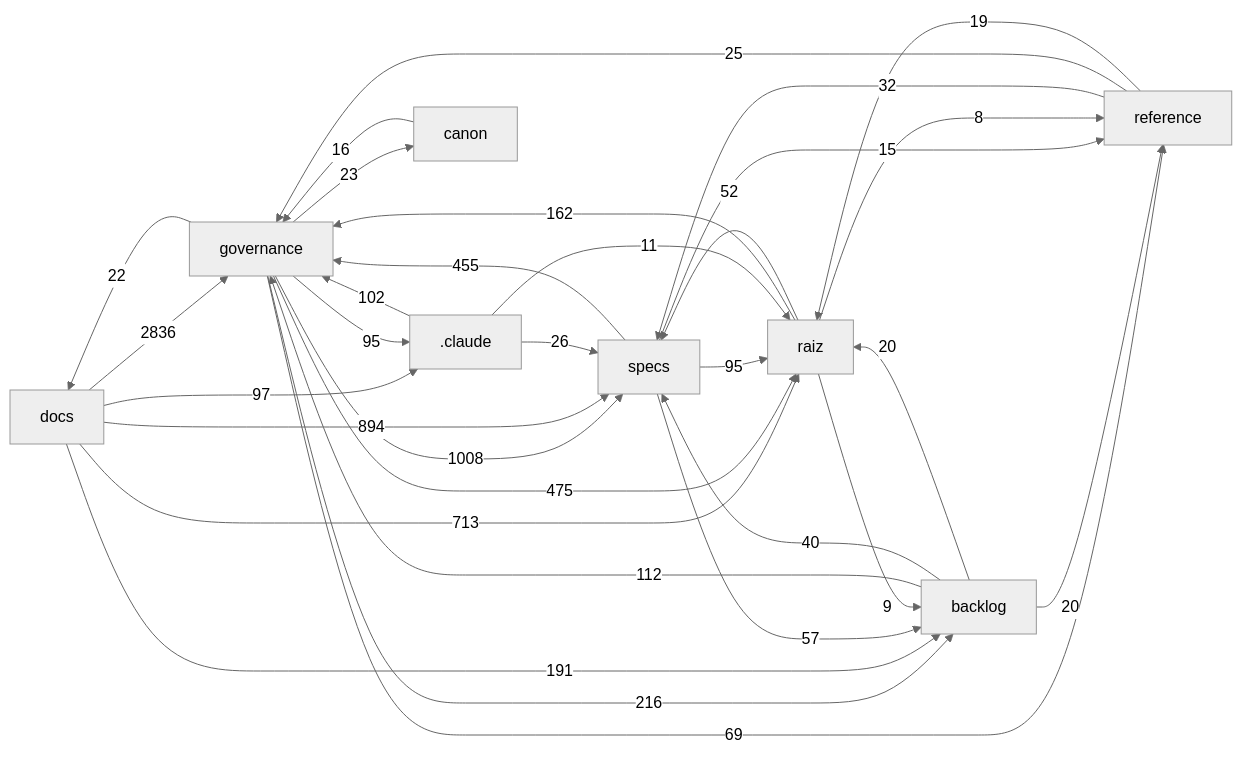
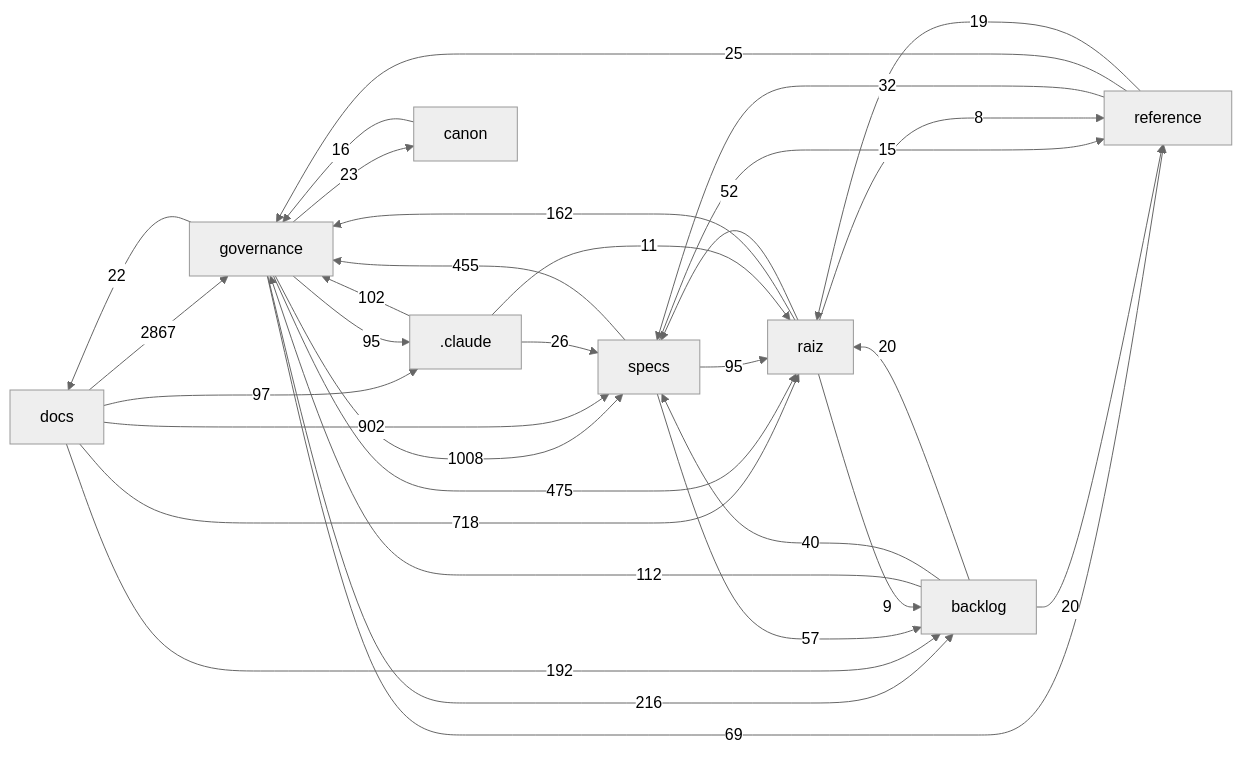
One commit to Andraus35/Sistema-Operacional-de-Trading--SOT changed the diagram in docs/mapa/MAPA-PROJETO.md. Above: the diagram before and after it, drawn with Mermaid (neutral theme). The commit also changed other lines of this file and 3 other files, not shown here.

````diff
--- a/docs/mapa/MAPA-PROJETO.md
+++ b/docs/mapa/MAPA-PROJETO.md
@@ -29,34 +29,34 @@
 ```mermaid
 flowchart LR
-  docs["docs"] -->|2836| governance["governance"]
+  docs["docs"] -->|2867| governance["governance"]
   governance["governance"] -->|1008| specs["specs"]
-  docs["docs"] -->|894| specs["specs"]
-  docs["docs"] -->|713| raiz["raiz"]
+  docs["docs"] -->|902| specs["specs"]
+  docs["docs"] -->|718| raiz["raiz"]
   governance["governance"] -->|475| raiz["raiz"]
   specs["specs"] -->|455| governance["governance"]
   governance["governance"] -->|216| backlog["backlog"]
-  docs["docs"] -->|191| backlog["backlog"]
+  docs["docs"] -->|192| backlog["backlog"]
   raiz["raiz"] -->|162| governance["governance"]
   backlog["backlog"] -->|112| governance["governance"]
   _claude[".claude"] -->|102| governance["governance"]
   docs["docs"] -->|97| _claude[".claude"]
   governance["governance"] -->|95| _claude[".claude"]
   specs["specs"] -->|95| raiz["raiz"]
   governance["governance"] -->|69| reference["reference"]
   specs["specs"] -->|57| backlog["backlog"]
   raiz["raiz"] -->|52| specs["specs"]
   backlog["backlog"] -->|40| specs["specs"]
   reference["reference"] -->|32| specs["specs"]
   _claude[".claude"] -->|26| specs["specs"]
   reference["reference"] -->|25| governance["governance"]
   governance["governance"] -->|23| canon["canon"]
   governance["governance"] -->|22| docs["docs"]
   backlog["backlog"] -->|20| raiz["raiz"]
   backlog["backlog"] -->|20| reference["reference"]
   reference["reference"] -->|19| raiz["raiz"]
   canon["canon"] -->|16| governance["governance"]
   specs["specs"] -->|15| reference["reference"]
   _claude[".claude"] -->|11| raiz["raiz"]
   raiz["raiz"] -->|9| backlog["backlog"]
   raiz["raiz"] -->|8| reference["reference"]
 ```
````
